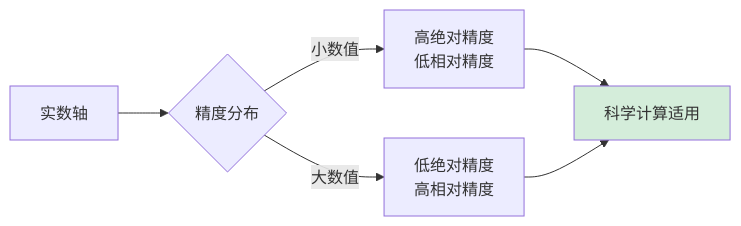
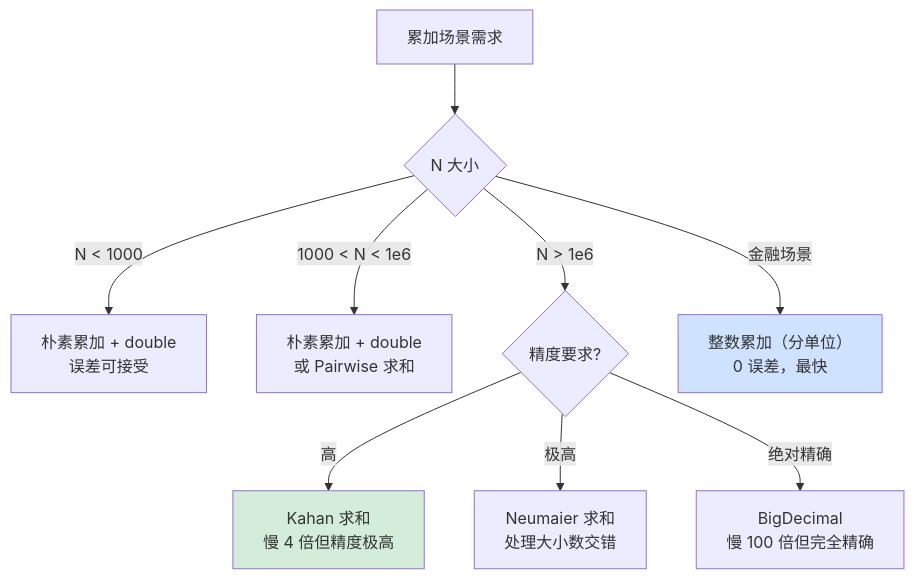
Diagram 19 of 24 in 00.通用技术的提升/02.程序编程原理/02.浮点型数据设计灵魂.md (chongyang211/YCBookBlog), drawn with Mermaid before and after one commit. The commit also changed other lines of this file and 21 other files, not shown here.

````diff
--- a/00.通用技术的提升/02.程序编程原理/02.浮点型数据设计灵魂.md
+++ b/00.通用技术的提升/02.程序编程原理/02.浮点型数据设计灵魂.md
@@ -425,11 +1860,18 @@
 ```mermaid
-graph LR
-    A[实数轴] --> B{精度分布}
-    B -->|小数值| C[高绝对精度<br/>低相对精度]
-    B -->|大数值| D[低绝对精度<br/>高相对精度]
+flowchart TB
+    A[累加场景需求] --> B{N 大小}
     
-    C --> E[科学计算适用]
-    D --> E
+    B -->|N < 1000| C["朴素累加 + double<br/>误差可接受"]
     
-    style E fill:#d4edda
+    B -->|1000 < N < 1e6| D["朴素累加 + double<br/>或 Pairwise 求和"]
+    
+    B -->|N > 1e6| E{精度要求?}
+    E -->|高| F["Kahan 求和<br/>慢 4 倍但精度极高"]
+    E -->|极高| G["Neumaier 求和<br/>处理大小数交错"]
+    E -->|绝对精确| H["BigDecimal<br/>慢 100 倍但完全精确"]
+    
+    B -->|金融场景| I["整数累加（分单位）<br/>0 误差，最快"]
+    
+    style F fill:#d4edda
+    style I fill:#cfe2ff
 ```
````
